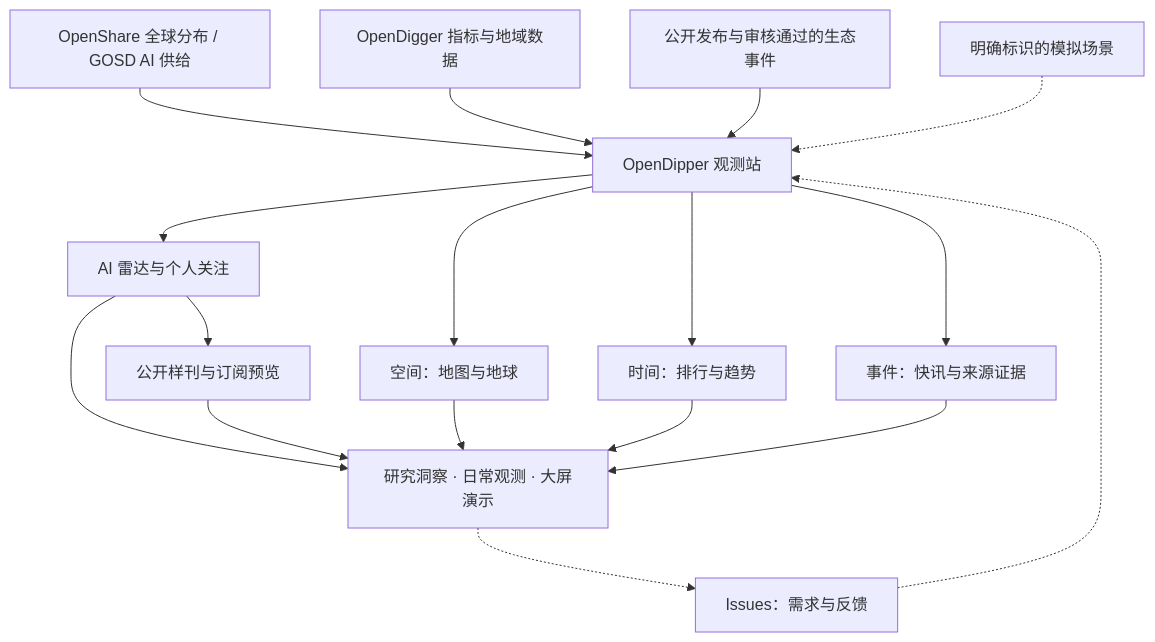
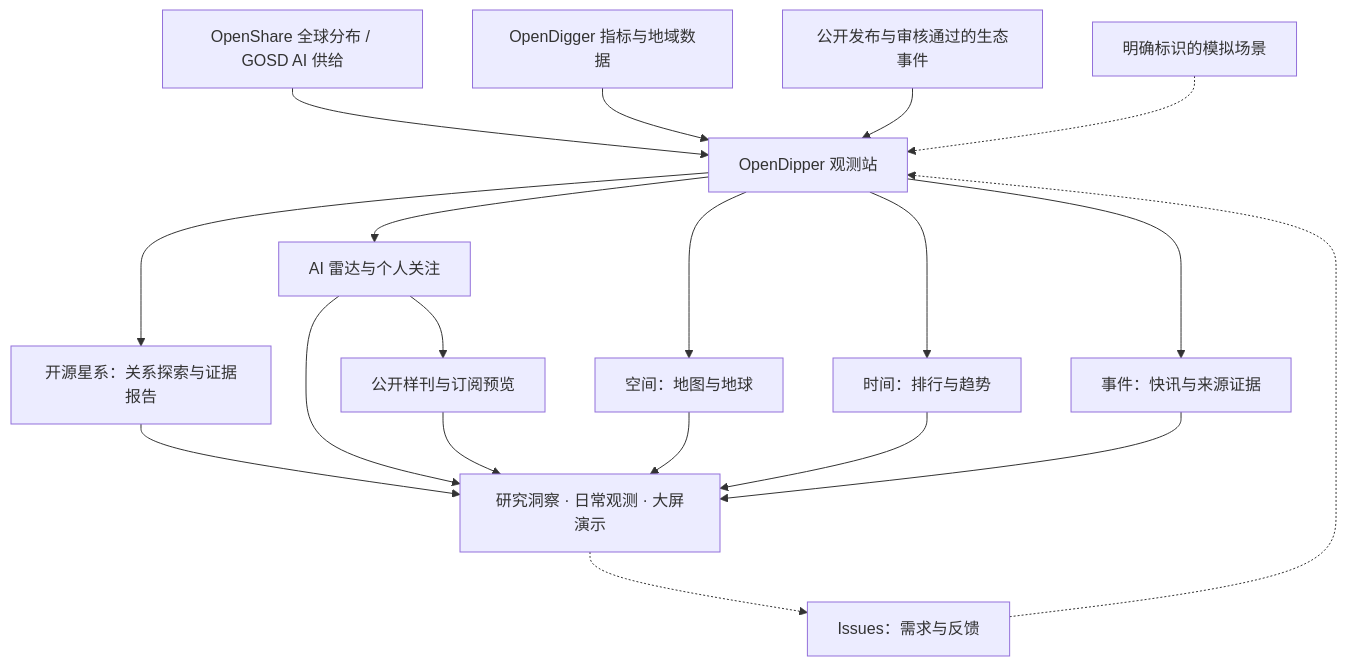
One commit to X-lab2017/open-dipper changed the first of 2 diagrams in README.zh-CN.md. Above: the diagram before and after it, drawn with Mermaid. The commit also changed other lines of this file and 40 other files, not shown here.

````diff
--- a/README.zh-CN.md
+++ b/README.zh-CN.md
@@ -60,19 +81,21 @@
 ```mermaid
 flowchart TD
   GS["OpenShare 全球分布 / GOSD AI 供给"] --> O
   M["OpenDigger 指标与地域数据"] --> O["OpenDipper 观测站"]
   E["公开发布与审核通过的生态事件"] --> O
   D["明确标识的模拟场景"] -.-> O
   O --> G["空间：地图与地球"]
   O --> T["时间：排行与趋势"]
   O --> W["事件：快讯与来源证据"]
   O --> R["AI 雷达与个人关注"]
+  O --> X["开源星系：关系探索与证据报告"]
+  X --> V
   R --> V
   R --> S["公开样刊与订阅预览"]
   S --> V
   G --> V["研究洞察 · 日常观测 · 大屏演示"]
   T --> V
   W --> V
   V -.-> I["Issues：需求与反馈"]
   I -.-> O
 ```
````
